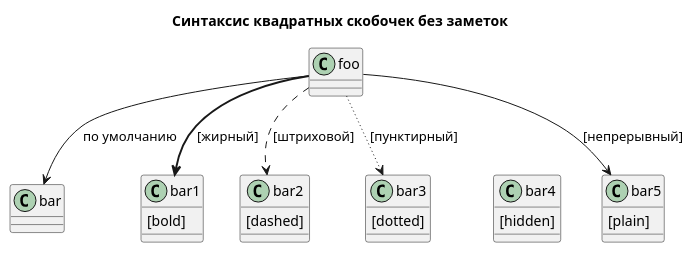
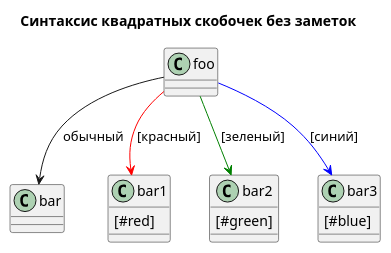
One commit to mizandarii/uml changed the diagram in class.wsd. Above: the diagram before and after it, drawn with PlantUML.

```diff
--- a/class.wsd
+++ b/class.wsd
@@ -1,17 +1,14 @@
 @startuml  
 title Синтаксис квадратных скобочек без заметок
 class foo
 class bar
-bar1 : [bold]
-bar2 : [dashed]
-bar3 : [dotted]
-bar4 : [hidden]
-bar5 : [plain]
+bar1 : [#red]
+bar2 : [#green]
+bar3 : [#blue]
 
-foo --> bar             : по умолчанию
-foo -[bold]-> bar1      : [жирный]
-foo -[dashed]-> bar2    : [штриховой]
-foo -[dotted]-> bar3    : [пунктирный]
-foo -[hidden]-> bar4    : [скрытый]
-foo -[plain]-> bar5     : [непрерывный]
+foo --> bar             : обычный
+foo -[#red]-> bar1      : [красный]
+foo -[#green]-> bar2    : [зеленый]
+foo -[#blue]-> bar3    : [синий]
+
 @enduml
```
